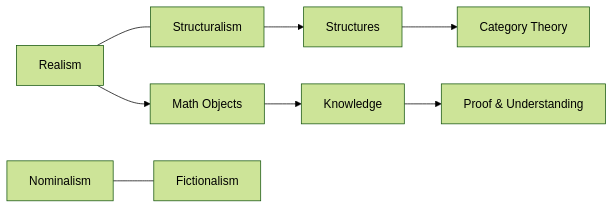
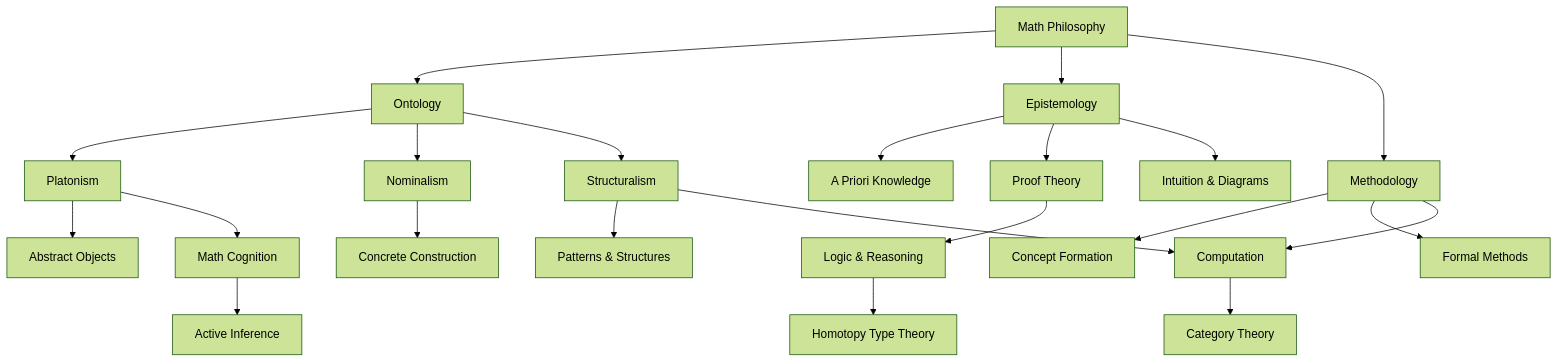
Before and after one commit to ActiveInferenceInstitute/cognitive: the diagram in knowledge_base/philosophy/philosophy_of_mathematics.md, drawn with Mermaid (forest theme). The commit also changed other lines of this file and 265 other files, not shown here.

````diff
--- a/knowledge_base/philosophy/philosophy_of_mathematics.md
+++ b/knowledge_base/philosophy/philosophy_of_mathematics.md
@@ -53,19 +162,30 @@
 ```mermaid
+graph TD
+  Phil[Math Philosophy] --> Ont[Ontology]
+  Phil --> Epist[Epistemology]
+  Phil --> Meth[Methodology]
 
-graph LR
+  Ont --> Plat[Platonism]
+  Ont --> Nom[Nominalism]
+  Ont --> Struct[Structuralism]
 
-  R[Realism] --- S[Structuralism]
+  Plat --> Abs[Abstract Objects]
+  Nom --> Conc[Concrete Construction]
+  Struct --> Patt[Patterns & Structures]
 
-  N[Nominalism] --- F[Fictionalism]
+  Epist --> APri[A Priori Knowledge]
+  Epist --> Proof[Proof Theory]
+  Epist --> Intuit[Intuition & Diagrams]
 
-  R --> O[Math Objects]
+  Meth --> Concept[Concept Formation]
+  Meth --> Formal[Formal Methods]
+  Meth --> Comp[Computer Proofs]
 
-  S --> Str[Structures]
+  Plat --> Cog[Math Cognition]
+  Struct --> Comp[Computation]
+  Proof --> Logic[Logic & Reasoning]
 
-  O --> K[Knowledge]
-
-  K --> P[Proof & Understanding]
-
-  Str --> Cat[Category Theory]
-
+  Cog --> AI[Active Inference]
+  Comp --> CT[Category Theory]
+  Logic --> HTT[Homotopy Type Theory]
 ```
````
